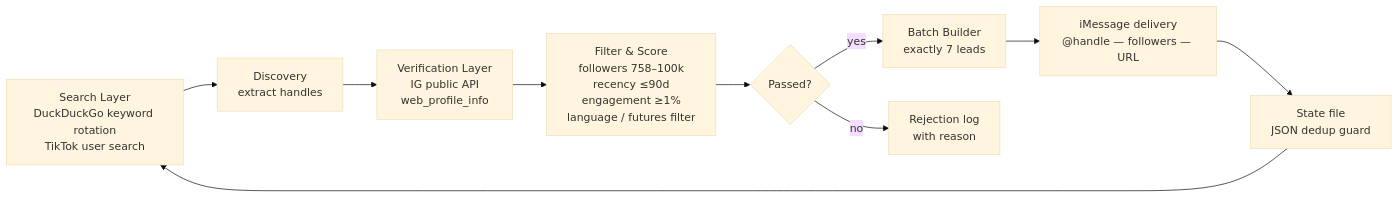
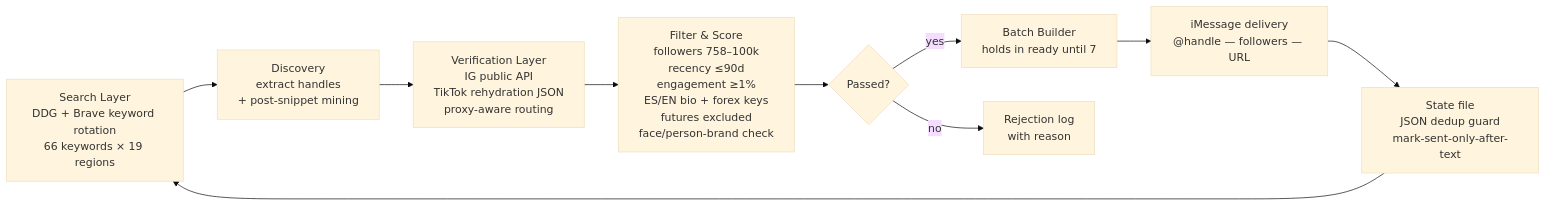
One commit to nervotechautomations/forex-lead-gen-engine changed the diagram in README.md. Above: the diagram before and after it, drawn with Mermaid (base theme). The commit also changed other lines of this file and 2 other files, not shown here.

````diff
--- a/README.md
+++ b/README.md
@@ -11,12 +11,12 @@
 ```mermaid
 flowchart LR
-    A[Search Layer<br/>DuckDuckGo keyword rotation<br/>TikTok user search] --> B[Discovery<br/>extract handles]
-    B --> C[Verification Layer<br/>IG public API<br/>web_profile_info]
-    C --> D[Filter & Score<br/>followers 758–100k<br/>recency ≤90d<br/>engagement ≥1%<br/>language / futures filter]
+    A[Search Layer<br/>DDG + Brave keyword rotation<br/>66 keywords × 19 regions] --> B[Discovery<br/>extract handles<br/>+ post-snippet mining]
+    B --> C[Verification Layer<br/>IG public API<br/>TikTok rehydration JSON<br/>proxy-aware routing]
+    C --> D[Filter & Score<br/>followers 758–100k<br/>recency ≤90d<br/>engagement ≥1%<br/>ES/EN bio + forex keys<br/>futures excluded<br/>face/person-brand check]
     D --> E{Passed?}
-    E -->|yes| F[Batch Builder<br/>exactly 7 leads]
+    E -->|yes| F[Batch Builder<br/>holds in ready until 7]
     E -->|no| G[Rejection log<br/>with reason]
     F --> H[iMessage delivery<br/>@handle — followers — URL]
-    H --> I[State file<br/>JSON dedup guard]
+    H --> I[State file<br/>JSON dedup guard<br/>mark-sent-only-after-text]
     I --> A
 ```
````
